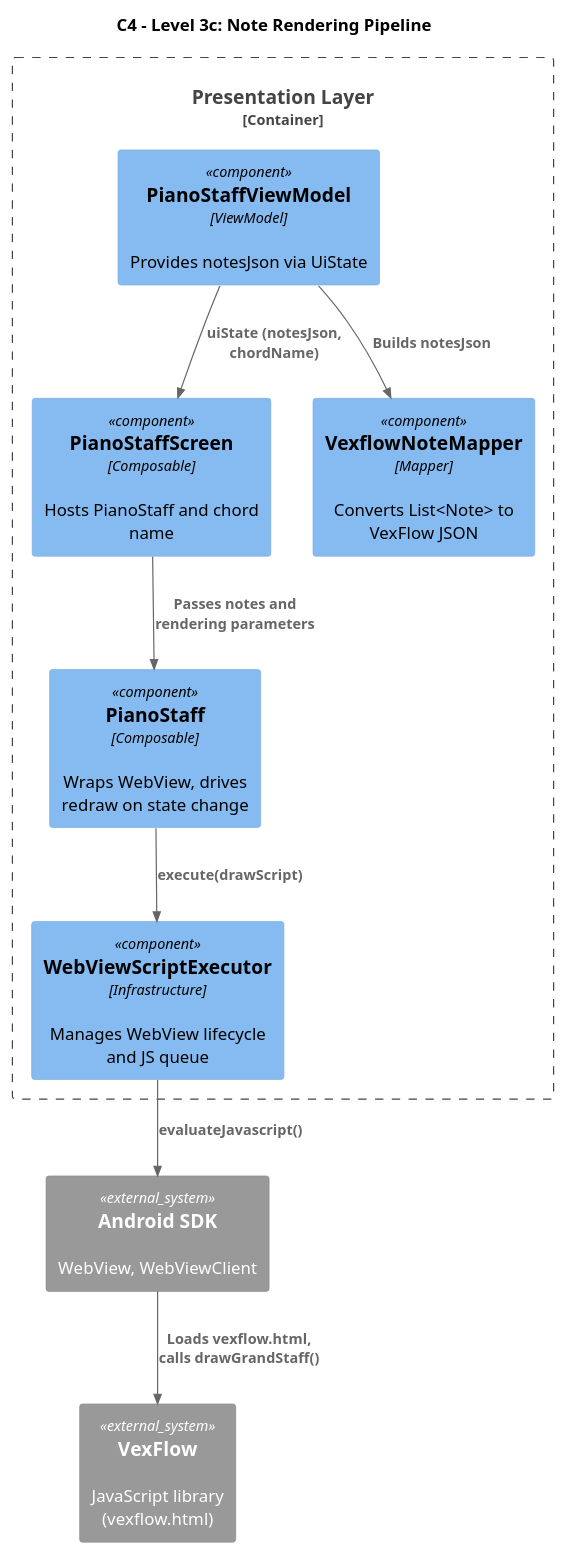
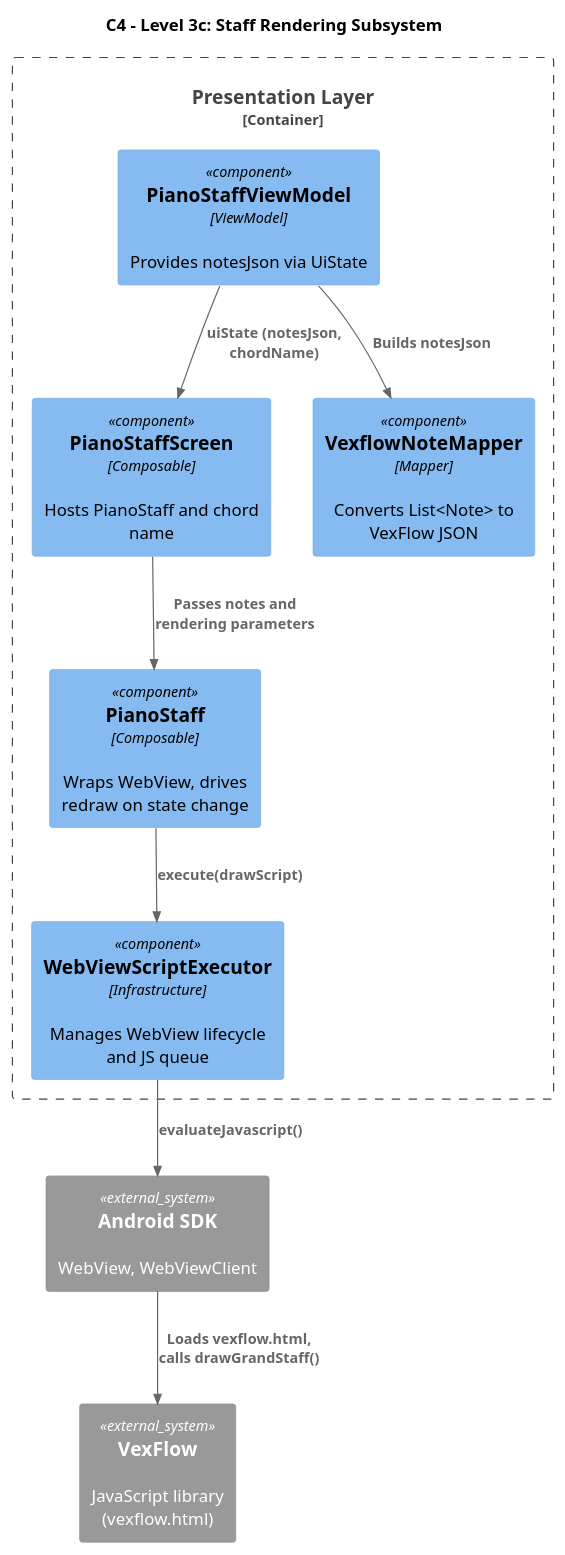
Before and after one commit to astrizhachuk/PianoFlow: the fourth of 10 diagrams in docs/en/specs/MIDI_MESSAGE_PROCESSING.md, drawn with PlantUML. The commit also changed other lines of this file and 3 other files, not shown here.

````diff
--- a/docs/en/specs/MIDI_MESSAGE_PROCESSING.md
+++ b/docs/en/specs/MIDI_MESSAGE_PROCESSING.md
@@ -195,29 +171,29 @@
 ```plantuml
 @startuml
 !include https://raw.githubusercontent.com/plantuml-stdlib/C4-PlantUML/master/C4_Component.puml
 
-title C4 - Level 3c: Note Rendering Pipeline
+title C4 - Level 3c: Staff Rendering Subsystem
 
 System_Ext(android_sdk, "Android SDK", "WebView, WebViewClient")
 System_Ext(vexflow, "VexFlow", "JavaScript library (vexflow.html)")
 
 Container_Boundary(presentation, "Presentation Layer") {
     Component(vm, "PianoStaffViewModel", "ViewModel", "Provides notesJson via UiState")
     Component(screen, "PianoStaffScreen", "Composable", "Hosts PianoStaff and chord name")
     Component(staff, "PianoStaff", "Composable", "Wraps WebView, drives redraw on state change")
     Component(mapper, "VexflowNoteMapper", "Mapper", "Converts List<Note> to VexFlow JSON")
     Component(executor, "WebViewScriptExecutor", "Infrastructure", "Manages WebView lifecycle and JS queue")
 }
 
 ' Presentation flow
 Rel(vm, mapper, "Builds notesJson")
 Rel(vm, screen, "uiState (notesJson, chordName)")
 Rel(screen, staff, "Passes notes and rendering parameters")
 Rel(staff, executor, "execute(drawScript)")
 
 ' Infrastructure
 Rel(executor, android_sdk, "evaluateJavascript()")
 Rel(android_sdk, vexflow, "Loads vexflow.html, calls drawGrandStaff()")
 
 @enduml
 ```
````
